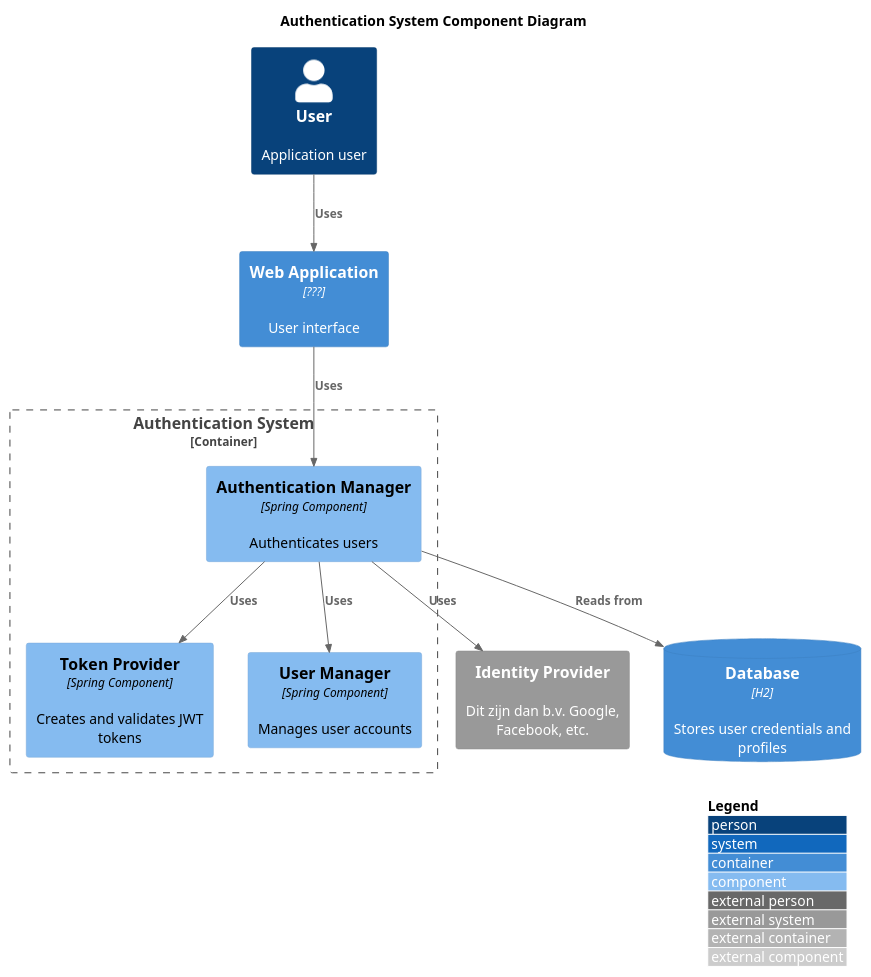
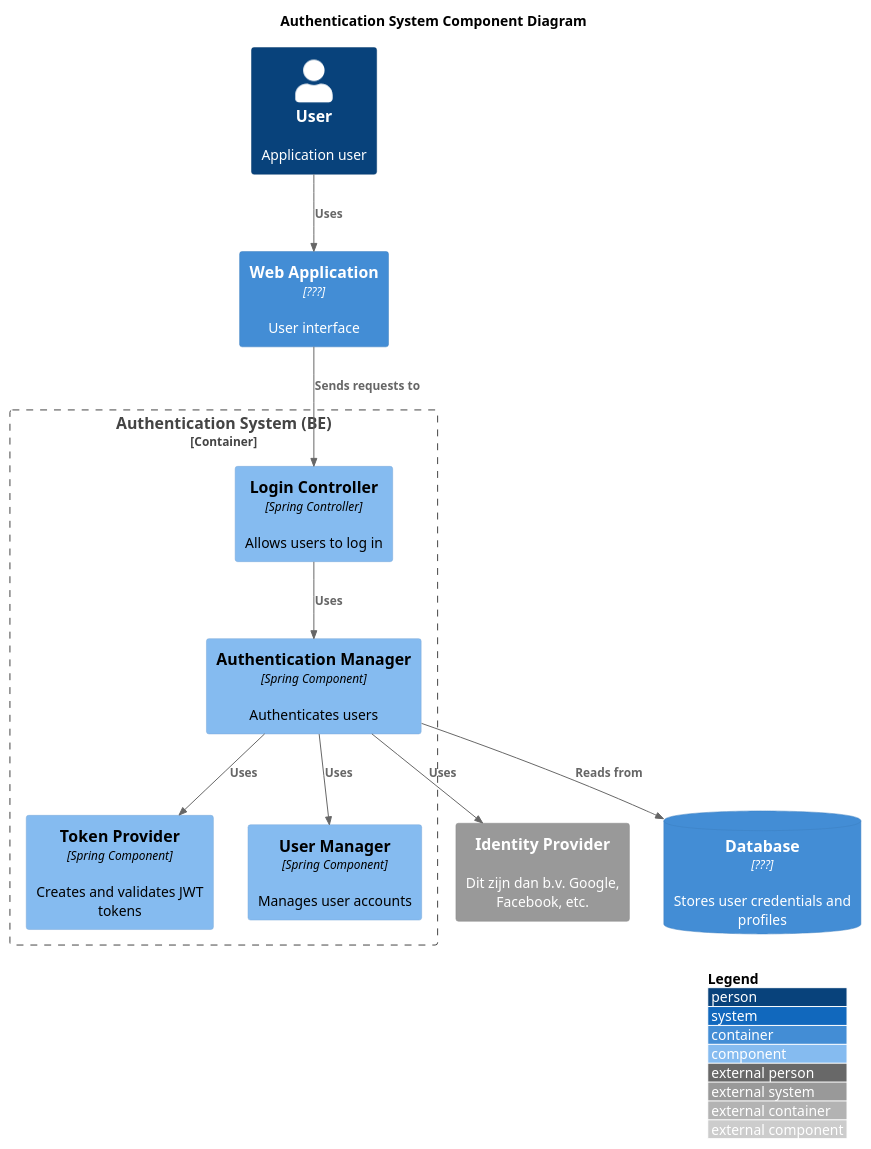
The diagram in Safa/W2L3V/Component Diagram.puml (AIM-ENE-feb25/triptop-sqr-tech), drawn with PlantUML before and after one commit. The commit also changed 1 other file, not shown here.

Commit message:
Component diagram vraagstuk verbeterd

```diff
--- a/Safa/W2L3V/Component Diagram.puml
+++ b/Safa/W2L3V/Component Diagram.puml
@@ -1,34 +1,35 @@
 @startuml
 
 title Component Diagram Pressure Cooker
 
 !include https://raw.githubusercontent.com/plantuml-stdlib/C4-PlantUML/master/C4_Component.puml
 
 LAYOUT_WITH_LEGEND()
 
 title Authentication System Component Diagram
 
 Person(user, "User", "Application user")
 
 Container(frontend, "Web Application", "???", "User interface")
 
-Container_Boundary(authSystem, "Authentication System") {
+Container_Boundary(authSystem, "Authentication System (BE)") {
+    Component(LoginController, "Login Controller", "Spring Controller", "Allows users to log in")
     Component(authManager, "Authentication Manager", "Spring Component", "Authenticates users")
     Component(tokenProvider, "Token Provider", "Spring Component", "Creates and validates JWT tokens")
     Component(userManager, "User Manager", "Spring Component", "Manages user accounts")
 }
 
 System_Ext(idProviderInterface, "Identity Provider", "Dit zijn dan b.v. Google, Facebook, etc.")
 
-
-ContainerDb(database, "Database", "H2", "Stores user credentials and profiles")
+ContainerDb(database, "Database", "???", "Stores user credentials and profiles")
 
 Rel(user, frontend, "Uses")
-Rel(frontend, authManager, "Uses")
+Rel(frontend, LoginController, "Sends requests to")
+Rel(LoginController, authManager, "Uses")
 Rel(authManager, idProviderInterface, "Uses")
 Rel(authManager, tokenProvider, "Uses")
 Rel(authManager, userManager, "Uses")
 
 Rel(authManager, database, "Reads from")
 
 @enduml
```
